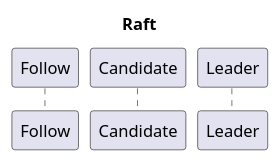
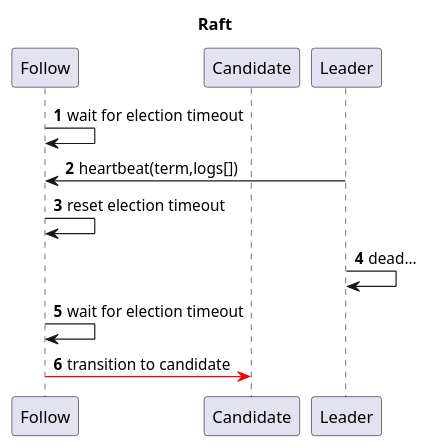
One commit to leemos-xx/astra changed the diagram in doc/raft.plantuml. Above: the diagram before and after it, drawn with PlantUML.

Commit message:
raft流程&参数梳理

```diff
--- a/doc/raft.plantuml
+++ b/doc/raft.plantuml
@@ -1,11 +1,18 @@
 @startuml
 
 title Raft
 
 participant "Follow" as f
 participant "Candidate" as c
 participant "Leader" as l
 
 autonumber
 
+f -> f: wait for election timeout
+l -> f: heartbeat(term,logs[])
+f -> f: reset election timeout
+l -> l: dead...
+f -> f: wait for election timeout
+f -[#red]> c: transition to candidate
+
 @enduml
```
